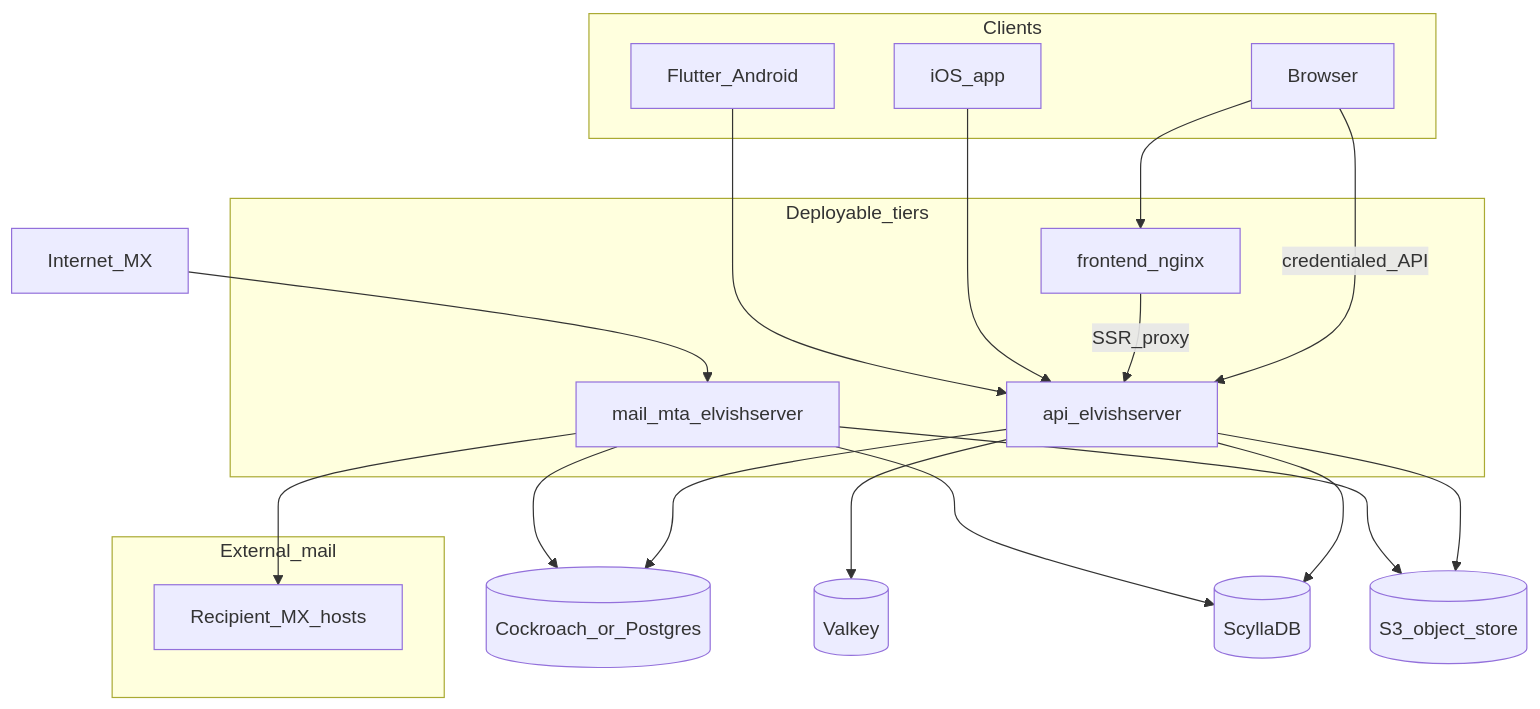
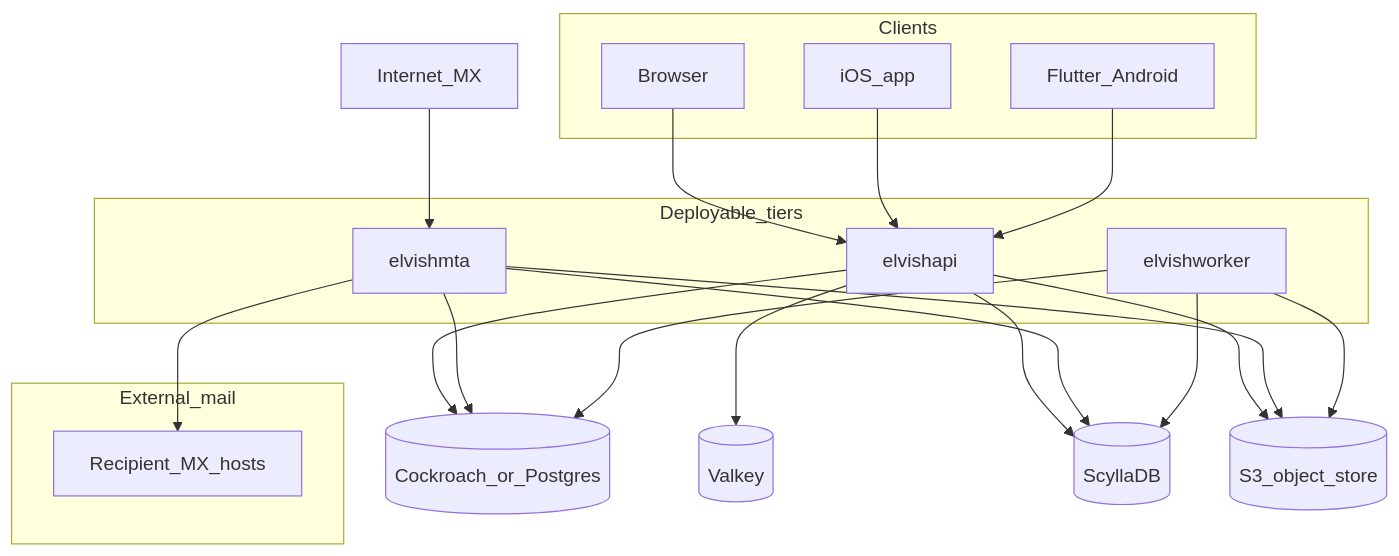
Before and after one commit to Thravok/elvish-email: the diagram in docs/architecture.md, drawn with Mermaid. The commit also changed other lines of this file and 47 other files, not shown here.

First line of the commit message:
Split deploy into api, mta, and worker; serve the browser tier from elvishapi.

````diff
--- a/docs/architecture.md
+++ b/docs/architecture.md
@@ -16,34 +16,35 @@
 ```mermaid
 flowchart TB
   subgraph clients [Clients]
     Browser[Browser]
     IOSapp[iOS_app]
     FlutterApp[Flutter_Android]
   end
   subgraph edge [Deployable_tiers]
-    FE[frontend_nginx]
-    API[api_elvishserver]
-    MTA[mail_mta_elvishserver]
+    API[elvishapi]
+    MTA[elvishmta]
+    Worker[elvishworker]
   end
   SQL[(Cockroach_or_Postgres)]
   Valkey[(Valkey)]
   Scylla[(ScyllaDB)]
   Blobs[(S3_object_store)]
   subgraph external [External_mail]
     PeerMX[Recipient_MX_hosts]
   end
-  Browser --> FE
-  Browser -->|credentialed_API| API
-  FE -->|SSR_proxy| API
+  Browser --> API
   IOSapp --> API
   FlutterApp --> API
   InternetMX[Internet_MX] --> MTA
-  MTA --> PeerMX
   API --> SQL
   API --> Valkey
   MTA --> SQL
   API --> Scylla
   API --> Blobs
   MTA --> Scylla
   MTA --> Blobs
+  Worker --> SQL
+  Worker --> Scylla
+  Worker --> Blobs
+  MTA --> PeerMX
 ```
````
